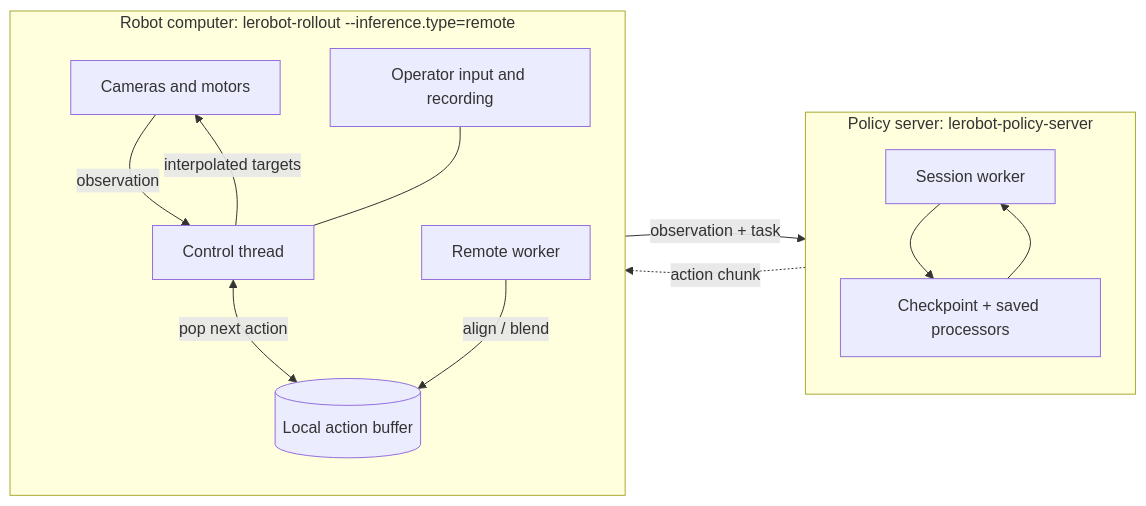
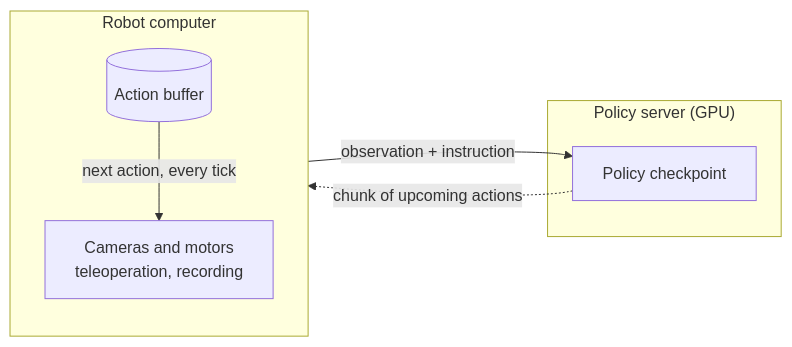
Before and after one commit to huggingface/lerobot: the first of 2 diagrams in docs/source/remote_inference.mdx, drawn with Mermaid. The commit also changed other lines of this file and 3 other files, not shown here.

Commit message:
docs(rollout): update remote docs

````diff
--- a/docs/source/remote_inference.mdx
+++ b/docs/source/remote_inference.mdx
@@ -9,19 +15,13 @@
 ```mermaid
 flowchart LR
   %% The server subgraph is declared first so that the layout keeps the robot computer on the left.
-  subgraph server["Policy server: lerobot-policy-server"]
+  subgraph server["Policy server (GPU)"]
+    P["Policy checkpoint"]
+  end
+  subgraph robot["Robot computer"]
     direction TB
-    SW["Session worker"] --> M["Checkpoint + saved processors"]
-    M --> SW
+    B[("Action buffer")] -->|next action, every tick| R["Cameras and motors<br/>teleoperation, recording"]
   end
-  subgraph robot["Robot computer: lerobot-rollout --inference.type=remote"]
-    direction TB
-    HW["Cameras and motors"] -->|observation| CT["Control thread"]
-    CT -->|interpolated targets| HW
-    CT <-->|pop next action| Q[("Local action buffer")]
-    W["Remote worker"] -->|align / blend| Q
-    OP["Operator input and recording"] --- CT
-  end
-  W -->|observation + task| SW
-  SW -.->|action chunk| W
+  R -->|observation + instruction| P
+  P -.->|chunk of upcoming actions| B
 ```
````
